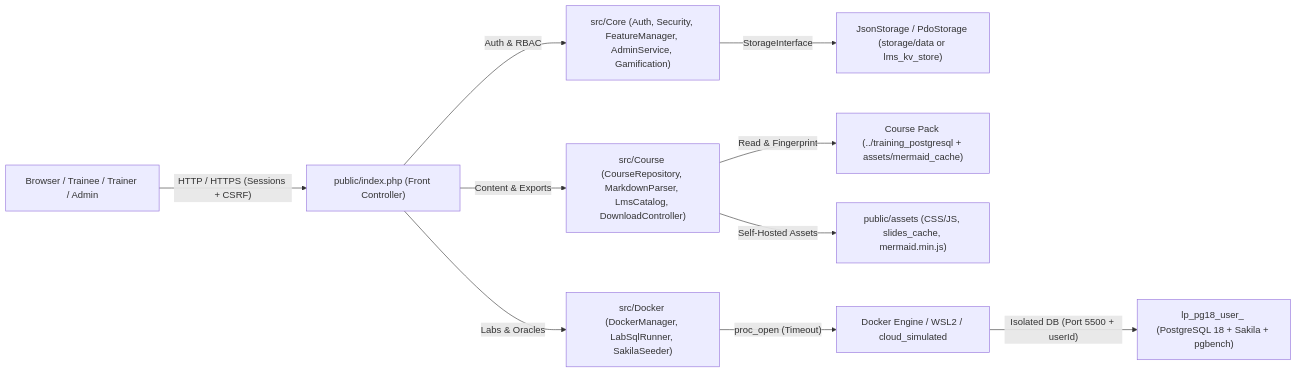
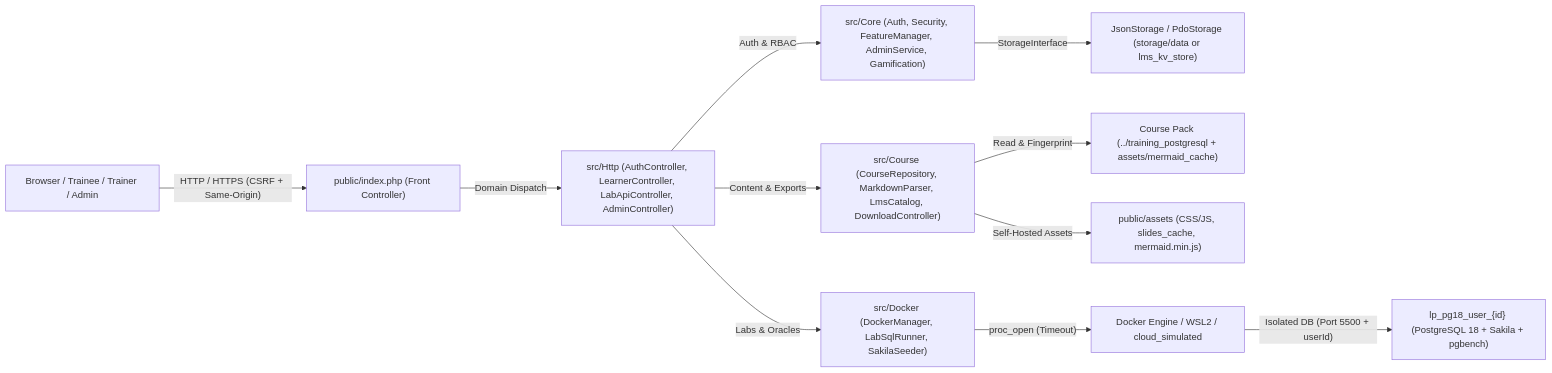
One commit to jmrenouard/lightpath-training-portal changed the first of 3 diagrams in docs/ARCHITECTURE.md. Above: the diagram before and after it, drawn with Mermaid. The commit also changed other lines of this file and 64 other files, not shown here.

````diff
--- a/docs/ARCHITECTURE.md
+++ b/docs/ARCHITECTURE.md
@@ -11,12 +11,13 @@
 ```mermaid
 flowchart LR
-    U["Browser / Trainee / Trainer / Admin"] -->|"HTTP / HTTPS (Sessions + CSRF)"| FC["public/index.php (Front Controller)"]
-    FC -->|"Auth & RBAC"| CORE["src/Core (Auth, Security, FeatureManager, AdminService, Gamification)"]
-    FC -->|"Content & Exports"| COURSE["src/Course (CourseRepository, MarkdownParser, LmsCatalog, DownloadController)"]
-    FC -->|"Labs & Oracles"| DOCKER["src/Docker (DockerManager, LabSqlRunner, SakilaSeeder)"]
+    U["Browser / Trainee / Trainer / Admin"] -->|"HTTP / HTTPS (CSRF + Same-Origin)"| FC["public/index.php (Front Controller)"]
+    FC -->|"Domain Dispatch"| HTTP["src/Http (AuthController, LearnerController, LabApiController, AdminController)"]
+    HTTP -->|"Auth & RBAC"| CORE["src/Core (Auth, Security, FeatureManager, AdminService, Gamification)"]
+    HTTP -->|"Content & Exports"| COURSE["src/Course (CourseRepository, MarkdownParser, LmsCatalog, DownloadController)"]
+    HTTP -->|"Labs & Oracles"| DOCKER["src/Docker (DockerManager, LabSqlRunner, SakilaSeeder)"]
     CORE -->|"StorageInterface"| STORE["JsonStorage / PdoStorage (storage/data or lms_kv_store)"]
     COURSE -->|"Read & Fingerprint"| CP["Course Pack (../training_postgresql + assets/mermaid_cache)"]
     COURSE -->|"Self-Hosted Assets"| ASSETS["public/assets (CSS/JS, slides_cache, mermaid.min.js)"]
     DOCKER -->|"proc_open (Timeout)"| ENG["Docker Engine / WSL2 / cloud_simulated"]
-    ENG -->|"Isolated DB (Port 5500 + userId)"| PG["lp_pg18_user_<id> (PostgreSQL 18 + Sakila + pgbench)"]
+    ENG -->|"Isolated DB (Port 5500 + userId)"| PG["lp_pg18_user_{id} (PostgreSQL 18 + Sakila + pgbench)"]
 ```
````
